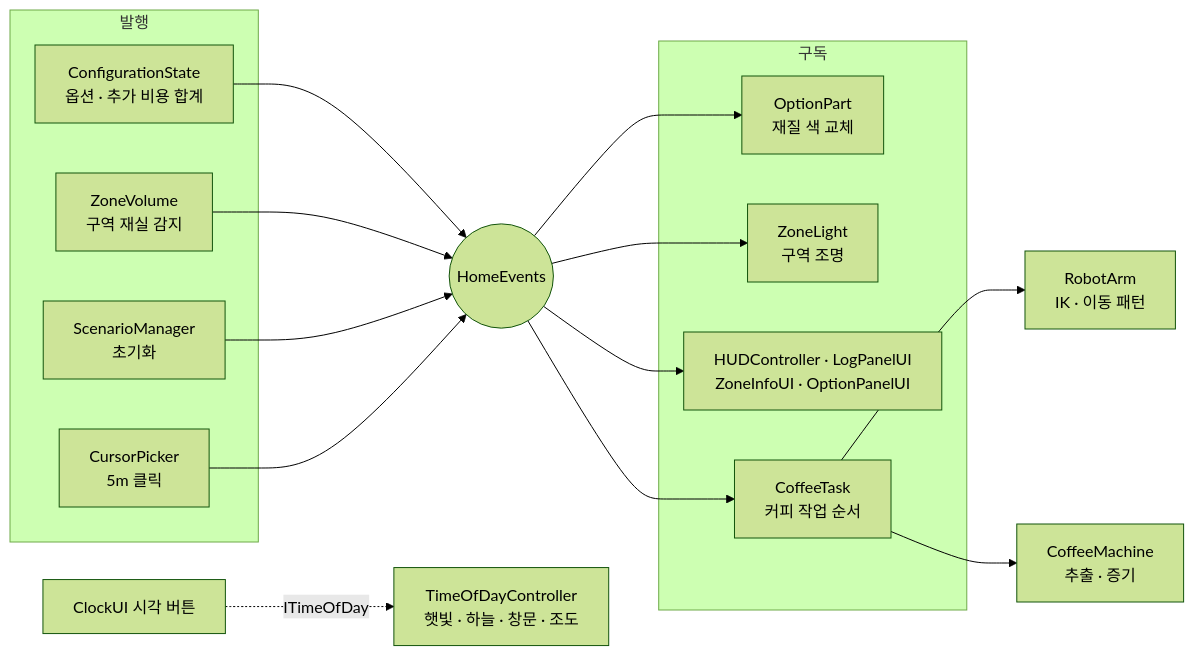
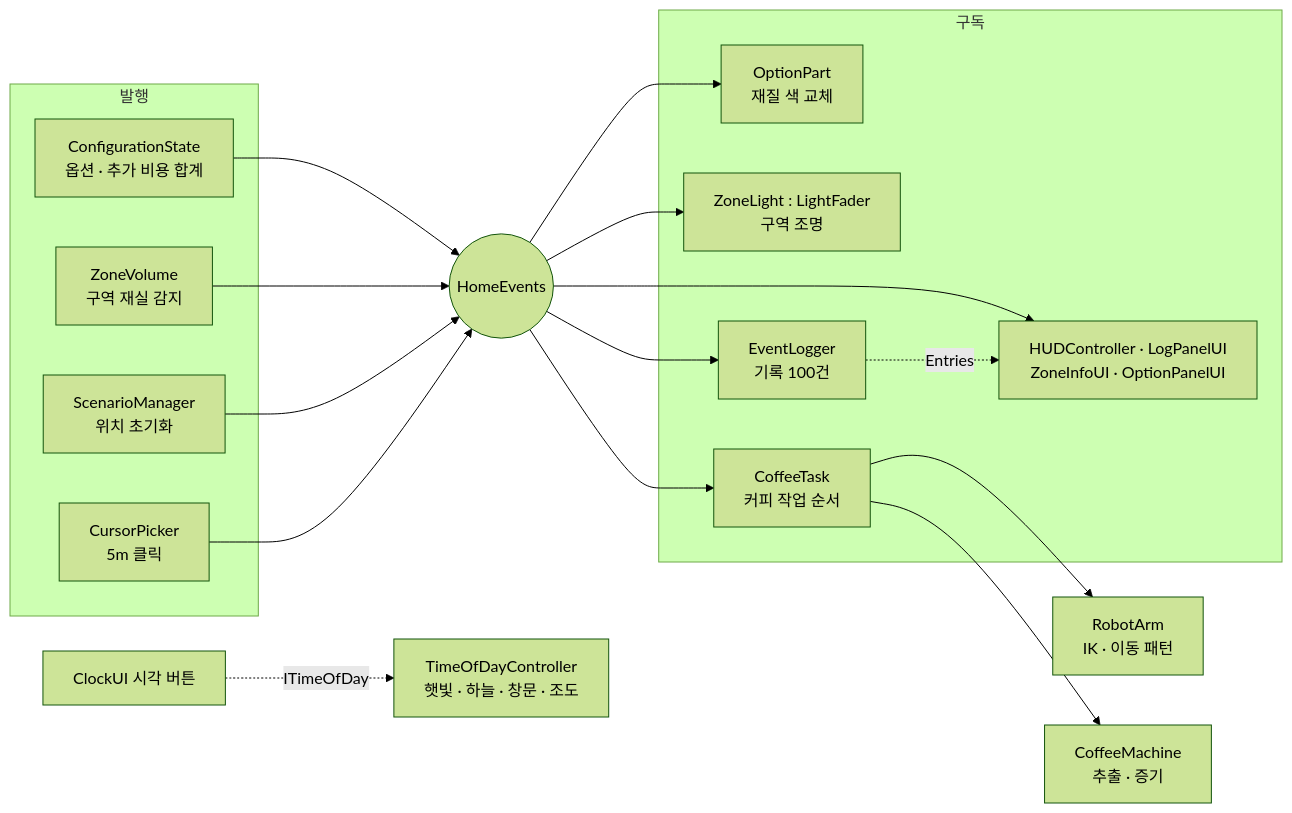
Before and after one commit to JJUNI-01-KOR/com-modelhouse: the diagram in README.md, drawn with Mermaid (forest theme). The commit also changed other lines of this file and 22 other files, not shown here.

Commit message:
feat: 커피 로봇 일시정지·정지·조작 패널·안내판, EventLogger·LightFader 분리, 로봇 색상 고정, 코드 리뷰 반영

````diff
--- a/README.md
+++ b/README.md
@@ -102,23 +102,25 @@
 ```mermaid
 flowchart LR
   subgraph 발행
     CS["ConfigurationState<br/>옵션 · 추가 비용 합계"]
     Zone["ZoneVolume<br/>구역 재실 감지"]
-    SM[ScenarioManager<br/>초기화]
+    SM[ScenarioManager<br/>위치 초기화]
     CP["CursorPicker<br/>5m 클릭"]
   end
   HE(("HomeEvents"))
   subgraph 구독
     OP["OptionPart<br/>재질 색 교체"]
-    ZL["ZoneLight<br/>구역 조명"]
+    ZL["ZoneLight : LightFader<br/>구역 조명"]
     UI["HUDController · LogPanelUI<br/>ZoneInfoUI · OptionPanelUI"]
+    LG["EventLogger<br/>기록 100건"]
     CT["CoffeeTask<br/>커피 작업 순서"]
   end
   CS --> HE
   Zone --> HE
   SM --> HE
   CP --> HE
-  HE --> OP & ZL & UI & CT
+  HE --> OP & ZL & UI & CT & LG
+  LG -.->|Entries| UI
   CT --> RA["RobotArm<br/>IK · 이동 패턴"] & CM["CoffeeMachine<br/>추출 · 증기"]
   CL[ClockUI 시각 버튼] -.->|ITimeOfDay| TD["TimeOfDayController<br/>햇빛 · 하늘 · 창문 · 조도"]
 ```
````
